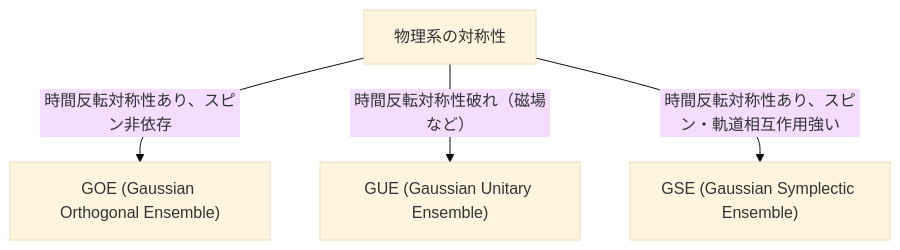
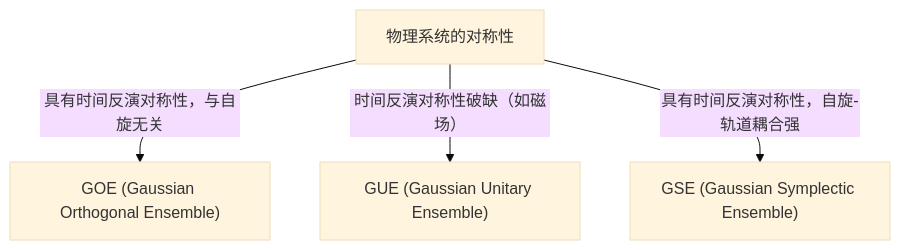
One commit to kenjinote/blog changed the diagram in content/post/random-matrix-theory/index.zh-cn.md. Above: the diagram before and after it, drawn with Mermaid (base theme). The commit also changed other lines of this file and 11 other files, not shown here.

````diff
--- a/content/post/random-matrix-theory/index.zh-cn.md
+++ b/content/post/random-matrix-theory/index.zh-cn.md
@@ -43,6 +43,6 @@
 ```mermaid
 graph TD
-    A["物理系の対称性"] -- "時間反転対称性あり、スピン非依存" --> B["GOE (Gaussian Orthogonal Ensemble)"]
-    A -- "時間反転対称性破れ（磁場など）" --> C["GUE (Gaussian Unitary Ensemble)"]
-    A -- "時間反転対称性あり、スピン・軌道相互作用強い" --> D["GSE (Gaussian Symplectic Ensemble)"]
+    A["物理系统的对称性"] -- "具有时间反演对称性，与自旋无关" --> B["GOE (Gaussian Orthogonal Ensemble)"]
+    A -- "时间反演对称性破缺（如磁场）" --> C["GUE (Gaussian Unitary Ensemble)"]
+    A -- "具有时间反演对称性，自旋-轨道耦合强" --> D["GSE (Gaussian Symplectic Ensemble)"]
 ```
````
